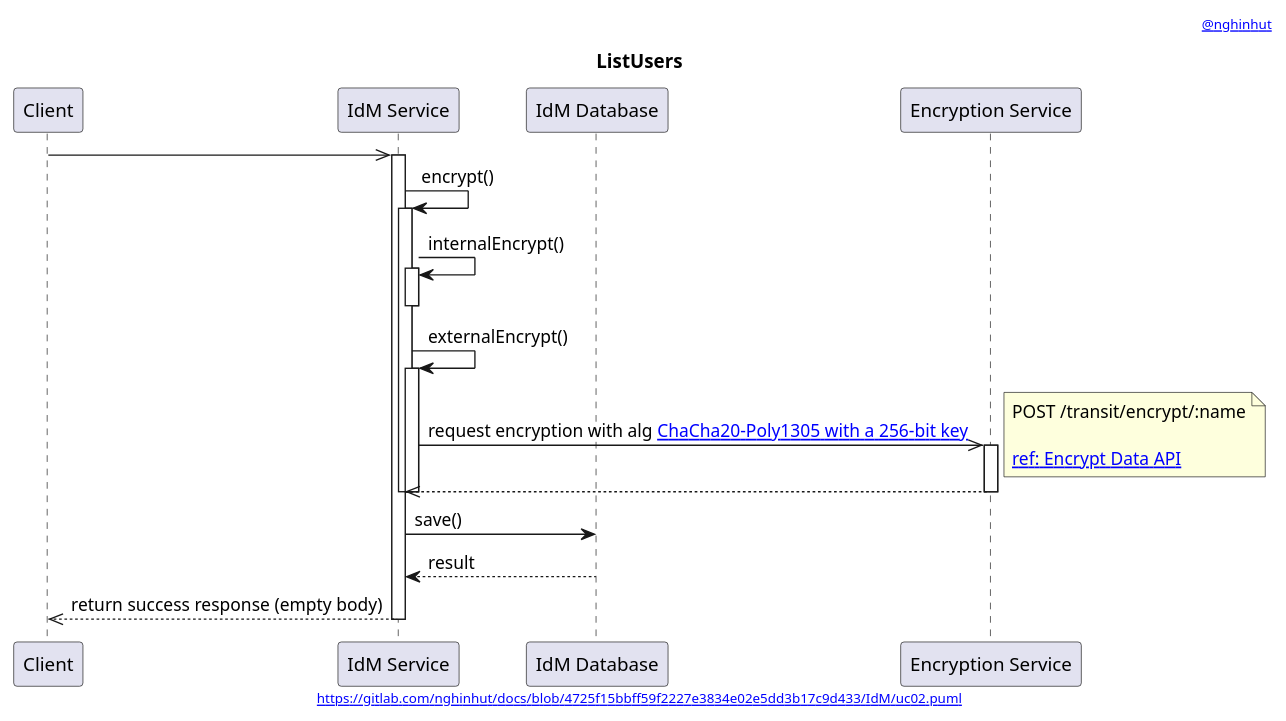
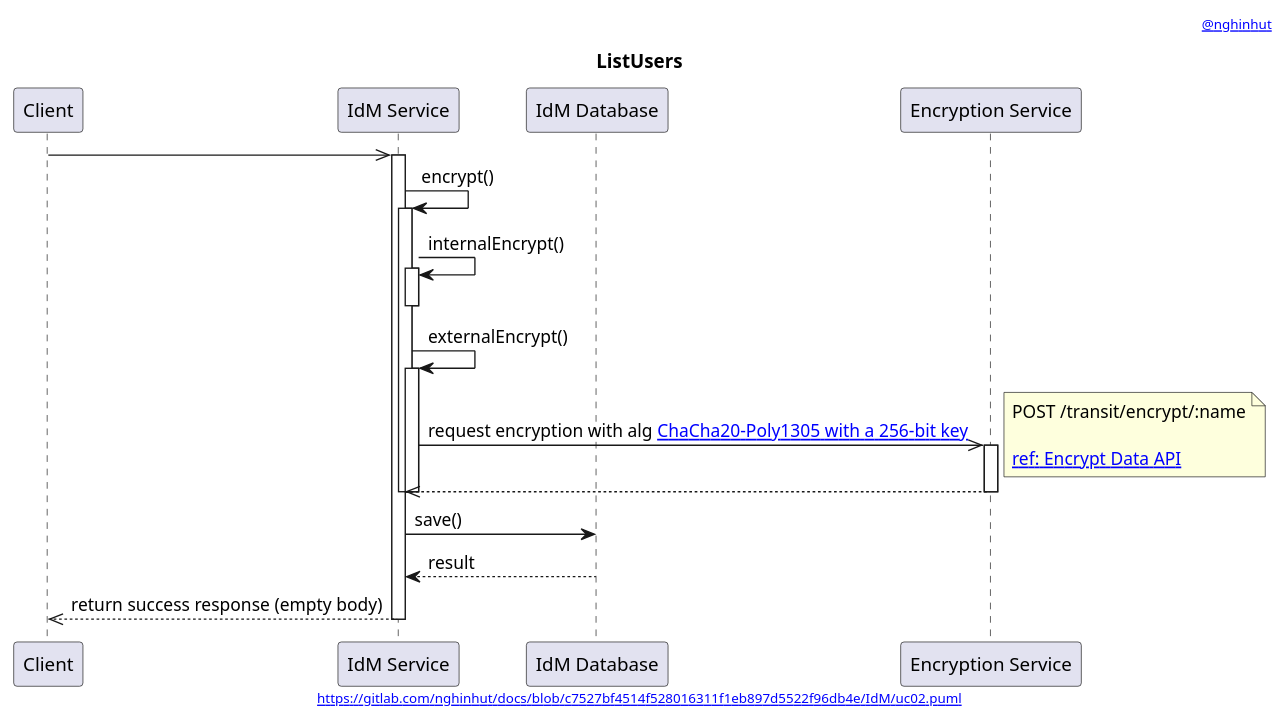
One commit to nghinhut/docs changed the diagram in IdM/uc02.sequence.puml. Above: the diagram before and after it, drawn with PlantUML. The commit also changed 17 other files, not shown here.

Commit message:
Update diagrams

```diff
--- a/IdM/uc02.sequence.puml
+++ b/IdM/uc02.sequence.puml
@@ -1,43 +1,43 @@
 @startuml
 '-----START auto generated metadata please keep comment here to allow auto update-----
 '-----DON'T EDIT THIS SECTION, INSTEAD RE-RUN prebuild.sh TO UPDATE-----
 header [[mailto:nghinhut@gmail.com @nghinhut]]
-footer [[http://www.plantuml.com/plantuml/proxy?fmt=svg&src=https://gitlab.com/nghinhut/docs/raw/4725f15bbff59f2227e3834e02e5dd3b17c9d433/IdM/uc02.puml https://gitlab.com/nghinhut/docs/blob/4725f15bbff59f2227e3834e02e5dd3b17c9d433/IdM/uc02.puml]]
+footer [[http://www.plantuml.com/plantuml/proxy?fmt=svg&src=https://gitlab.com/nghinhut/docs/raw/c7527bf4514f528016311f1eb897d5522f96db4e/IdM/uc02.puml https://gitlab.com/nghinhut/docs/blob/c7527bf4514f528016311f1eb897d5522f96db4e/IdM/uc02.puml]]
 '-----END auto generated metadata please keep comment here to allow auto update-----
 title ListUsers
 
 participant "Client" as client
 participant "IdM Service" as idm
 participant "IdM Database" as db
 participant "Encryption Service" as es
 
 client ->> idm
 activate idm
 
 idm -> idm : encrypt()
 activate idm
 idm -> idm : internalEncrypt()
 activate idm
 deactivate idm
 
 idm -> idm : externalEncrypt()
 activate idm
 idm ->> es : request encryption with alg [[https://www.vaultproject.io/docs/secrets/transit/index.html#chacha20-poly1305 ChaCha20-Poly1305 with a 256-bit key]]
 note right
     POST /transit/encrypt/:name
 
     [[https://www.vaultproject.io/api/secret/transit/index.html#encrypt-data ref: Encrypt Data API]]
 end note
 activate es
 idm <<-- es
 deactivate es
 deactivate idm
 deactivate idm
 
 idm -> db : save()
 idm <-- db : result
 
 client <<-- idm : return success response (empty body)
 deactivate idm
 
 @enduml
```
